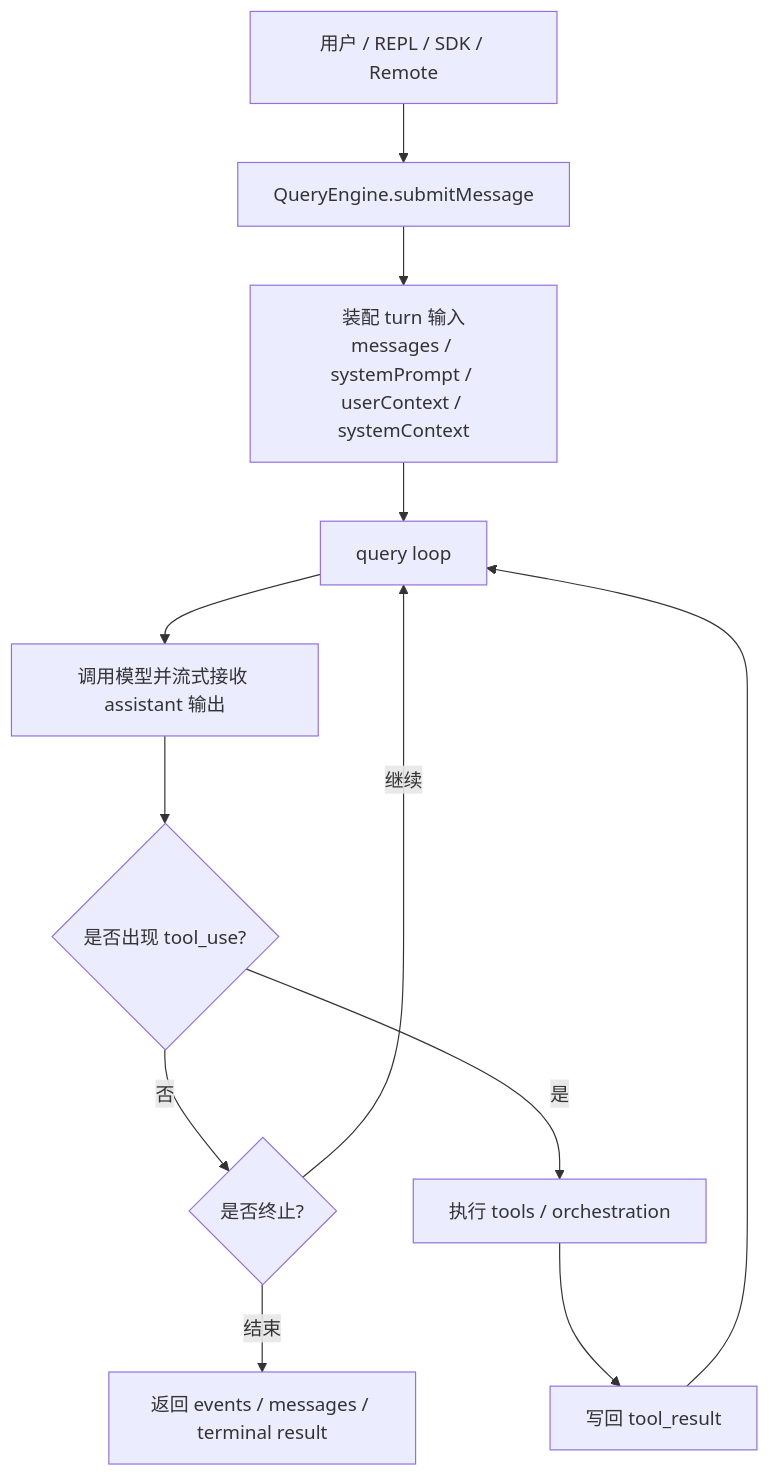
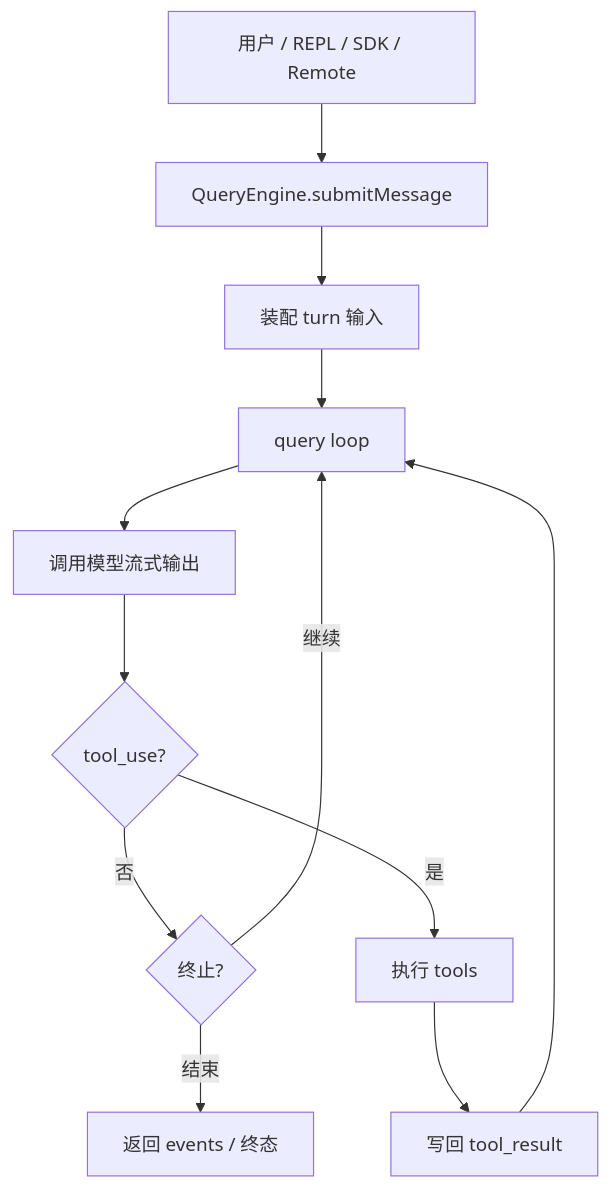
The diagram in claude-code-architecture/03-query-engine-and-execution-loop.md (betaHi/betaHi.github.io), drawn with Mermaid before and after one commit. The commit also changed 12 other files, not shown here.

First line of the commit message:
Prevent mermaid clipping by shortening dense node labels

````diff
--- a/claude-code-architecture/03-query-engine-and-execution-loop.md
+++ b/claude-code-architecture/03-query-engine-and-execution-loop.md
@@ -181,14 +181,14 @@
 ```mermaid
 flowchart TD
     U[用户 / REPL / SDK / Remote] --> QE[QueryEngine.submitMessage]
-    QE --> A[装配 turn 输入<br/>messages / systemPrompt / userContext / systemContext]
+    QE --> A[装配 turn 输入]
     A --> Q[query loop]
-    Q --> M[调用模型并流式接收 assistant 输出]
-    M --> D{是否出现 tool_use?}
-    D -- 否 --> T{是否终止?}
-    D -- 是 --> X[执行 tools / orchestration]
+    Q --> M[调用模型流式输出]
+    M --> D{tool_use?}
+    D -- 否 --> T{终止?}
+    D -- 是 --> X[执行 tools]
     X --> R[写回 tool_result]
     R --> Q
     T -- 继续 --> Q
-    T -- 结束 --> O[返回 events / messages / terminal result]
+    T -- 结束 --> O[返回 events / 终态]
 ```
````
